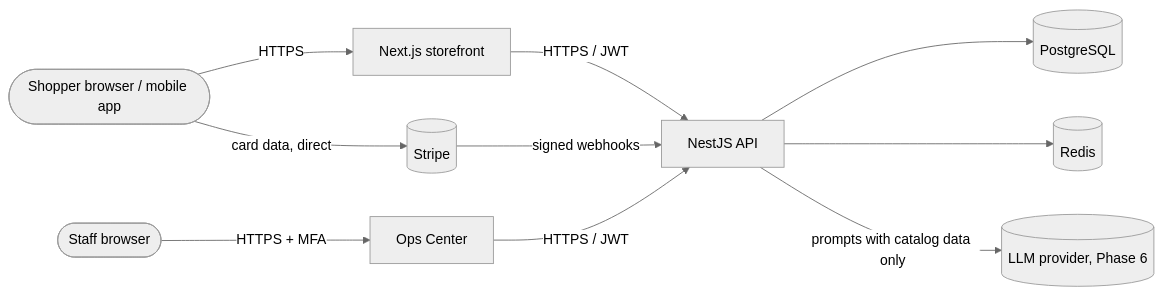
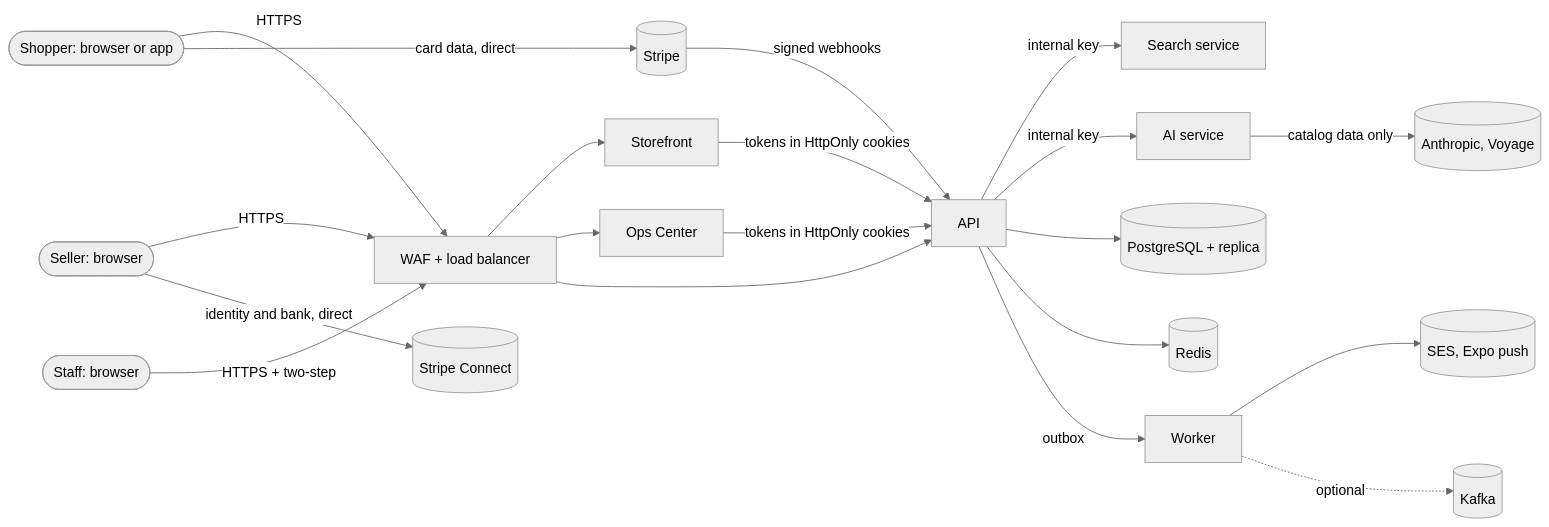
One commit to rasmane1er/nixzora changed the diagram in docs/security/threat-model.md. Above: the diagram before and after it, drawn with Mermaid (neutral theme). The commit also changed other lines of this file and 4 other files, not shown here.

First line of the commit message:
Docs, ERD and threat model brought up to date (buf-02)

````diff
--- a/docs/security/threat-model.md
+++ b/docs/security/threat-model.md
@@ -7,12 +12,21 @@
 ```mermaid
 flowchart LR
-  shopper([Shopper browser / mobile app]) -- HTTPS --> web[Next.js storefront]
-  staff([Staff browser]) -- HTTPS + MFA --> admin[Ops Center]
-  web -- HTTPS / JWT --> api[NestJS API]
-  admin -- HTTPS / JWT --> api
+  shopper([Shopper: browser or app]) -- HTTPS --> waf[WAF + load balancer]
+  seller([Seller: browser]) -- HTTPS --> waf
+  staff([Staff: browser]) -- HTTPS + two-step --> waf
+  waf --> web[Storefront]
+  waf --> ops[Ops Center]
+  waf --> api[API]
+  web -- tokens in HttpOnly cookies --> api
+  ops -- tokens in HttpOnly cookies --> api
   shopper -- card data, direct --> stripe[(Stripe)]
+  seller -- identity and bank, direct --> connect[(Stripe Connect)]
   stripe -- signed webhooks --> api
-  api --> pg[(PostgreSQL)]
+  api -- internal key --> search[Search service]
+  api -- internal key --> ai[AI service]
+  ai -- catalog data only --> llm[(Anthropic, Voyage)]
+  api --> pg[(PostgreSQL + replica)]
   api --> redis[(Redis)]
-  api -- prompts with catalog data only --> llm[(LLM provider, Phase 6)]
+  api -- outbox --> worker[Worker] --> ses[(SES, Expo push)]
+  worker -. optional .-> kafka[(Kafka)]
 ```
````
